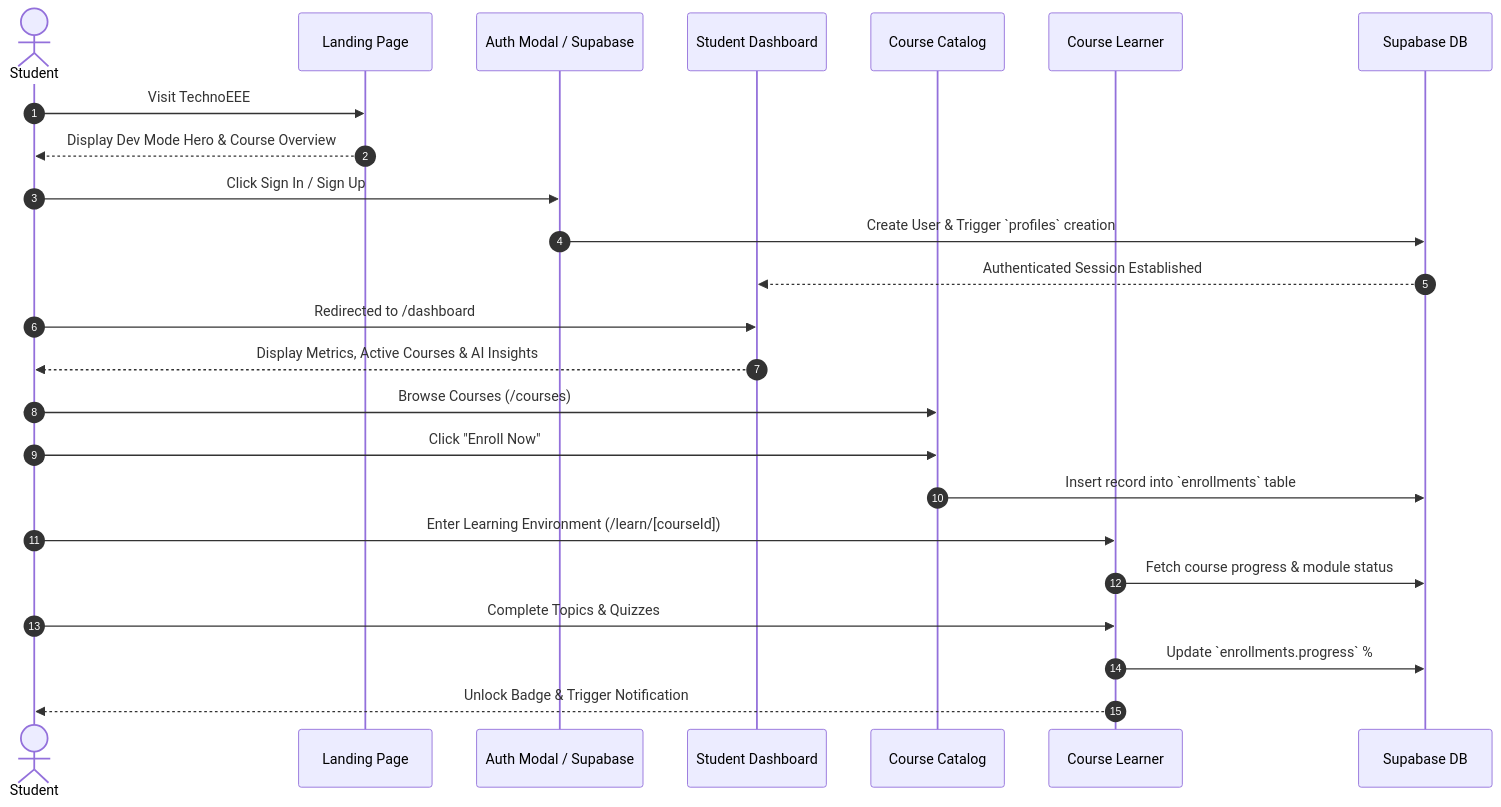
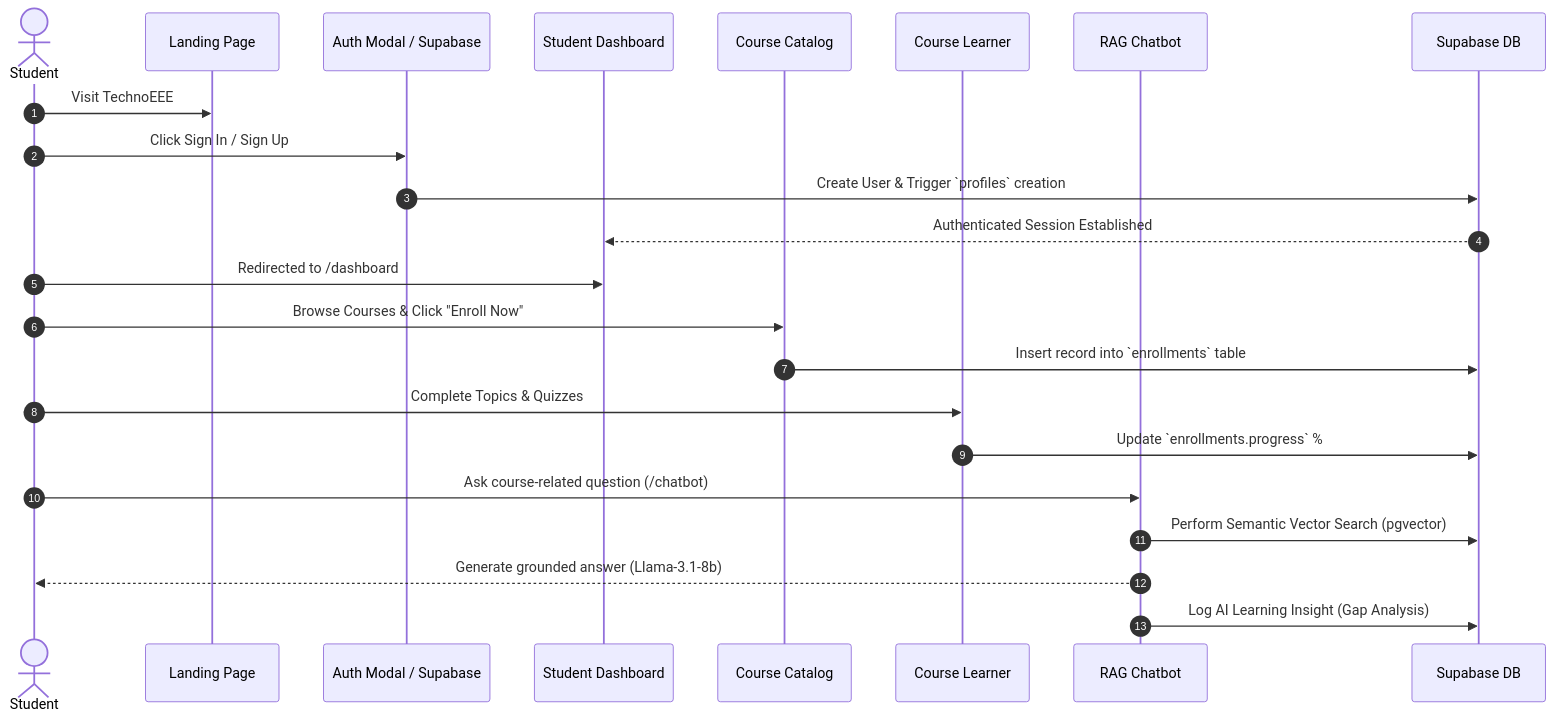
The second of 2 diagrams in README.md (Debjanimandal/Technoeee), drawn with Mermaid before and after one commit. The commit also changed other lines of this file, not shown here.

````diff
--- a/README.md
+++ b/README.md
@@ -77,27 +85,26 @@
 ```mermaid
 sequenceDiagram
     autonumber
     actor Student
     participant Landing as Landing Page
     participant Auth as Auth Modal / Supabase
     participant Dash as Student Dashboard
     participant Catalog as Course Catalog
     participant Learner as Course Learner
+    participant AI as RAG Chatbot
     participant DB as Supabase DB
 
     Student->>Landing: Visit TechnoEEE
-    Landing-->>Student: Display Dev Mode Hero & Course Overview
     Student->>Auth: Click Sign In / Sign Up
     Auth->>DB: Create User & Trigger `profiles` creation
     DB-->>Dash: Authenticated Session Established
     Student->>Dash: Redirected to /dashboard
-    Dash-->>Student: Display Metrics, Active Courses & AI Insights
-    Student->>Catalog: Browse Courses (/courses)
-    Student->>Catalog: Click "Enroll Now"
+    Student->>Catalog: Browse Courses & Click "Enroll Now"
     Catalog->>DB: Insert record into `enrollments` table
-    Student->>Learner: Enter Learning Environment (/learn/[courseId])
-    Learner->>DB: Fetch course progress & module status
     Student->>Learner: Complete Topics & Quizzes
     Learner->>DB: Update `enrollments.progress` %
-    Learner-->>Student: Unlock Badge & Trigger Notification
+    Student->>AI: Ask course-related question (/chatbot)
+    AI->>DB: Perform Semantic Vector Search (pgvector)
+    AI-->>Student: Generate grounded answer (Llama-3.1-8b)
+    AI->>DB: Log AI Learning Insight (Gap Analysis)
 ```
````
